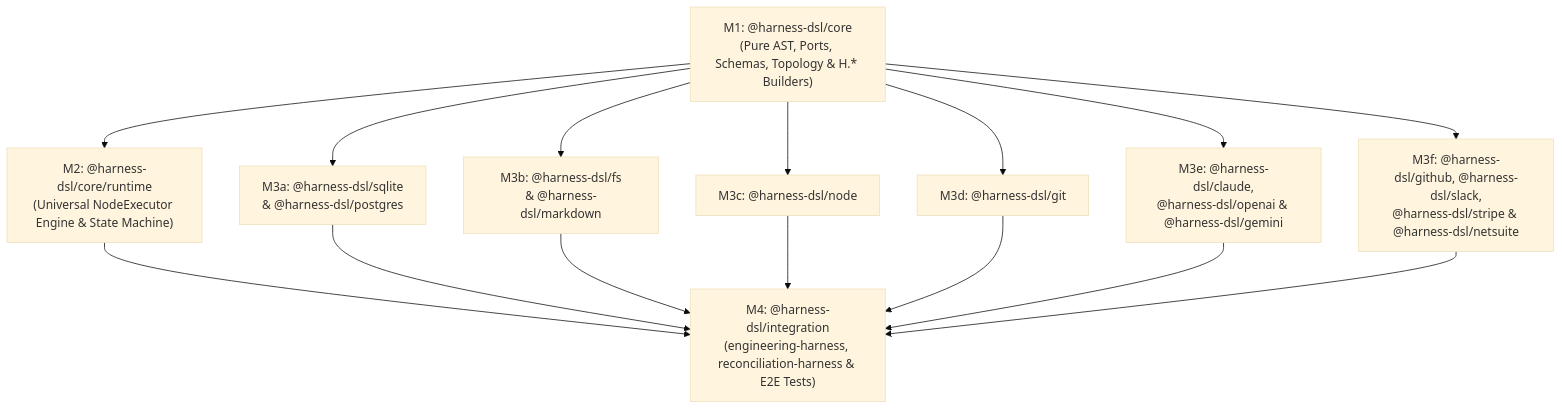
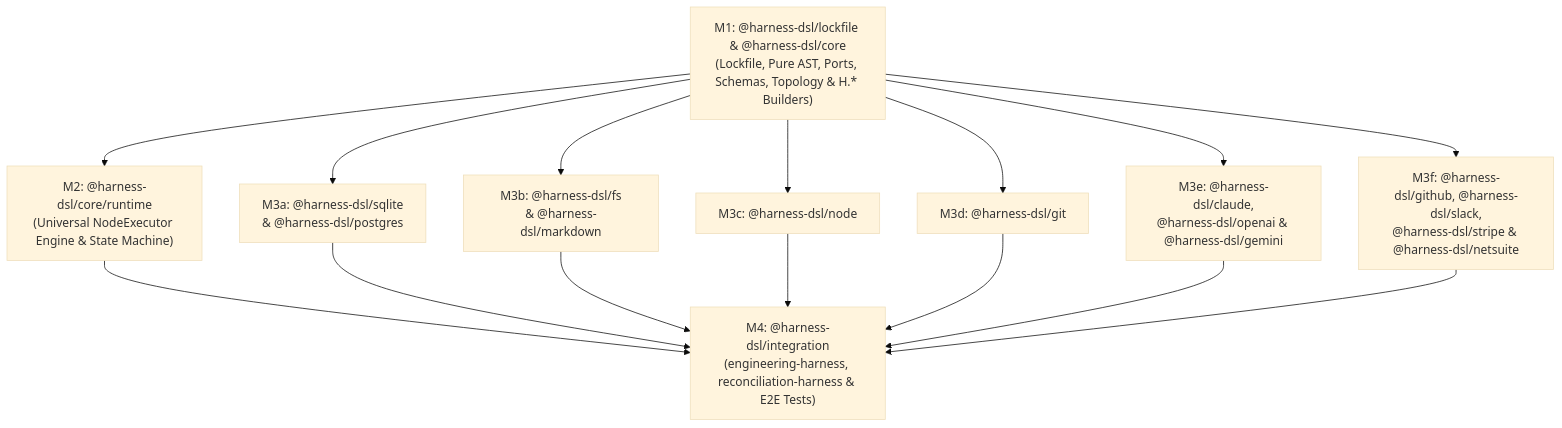
Before and after one commit to paraharness/paraharness: the diagram in docs/plan/INDEX.md, drawn with Mermaid (base theme). The commit also changed other lines of this file and 9 other files, not shown here.

````diff
--- a/docs/plan/INDEX.md
+++ b/docs/plan/INDEX.md
@@ -13,28 +13,28 @@
 ```mermaid
 flowchart TD
-    M1["M1: @harness-dsl/core<br/>(Pure AST, Ports, Schemas, Topology & H.* Builders)"]
+    M1["M1: @harness-dsl/lockfile & @harness-dsl/core<br/>(Lockfile, Pure AST, Ports, Schemas, Topology & H.* Builders)"]
     M2["M2: @harness-dsl/core/runtime<br/>(Universal NodeExecutor Engine & State Machine)"]
     M3a["M3a: @harness-dsl/sqlite<br/>& @harness-dsl/postgres"]
     M3b["M3b: @harness-dsl/fs<br/>& @harness-dsl/markdown"]
     M3c["M3c: @harness-dsl/node"]
     M3d["M3d: @harness-dsl/git"]
     M3e["M3e: @harness-dsl/claude,<br/>@harness-dsl/openai & @harness-dsl/gemini"]
     M3f["M3f: @harness-dsl/github, @harness-dsl/slack,<br/>@harness-dsl/stripe & @harness-dsl/netsuite"]
     M4["M4: @harness-dsl/integration<br/>(engineering-harness, reconciliation-harness & E2E Tests)"]
 
     M1 --> M2
     M1 --> M3a
     M1 --> M3b
     M1 --> M3c
     M1 --> M3d
     M1 --> M3e
     M1 --> M3f
 
     M2 --> M4
     M3a --> M4
     M3b --> M4
     M3c --> M4
     M3d --> M4
     M3e --> M4
     M3f --> M4
 ```
````
